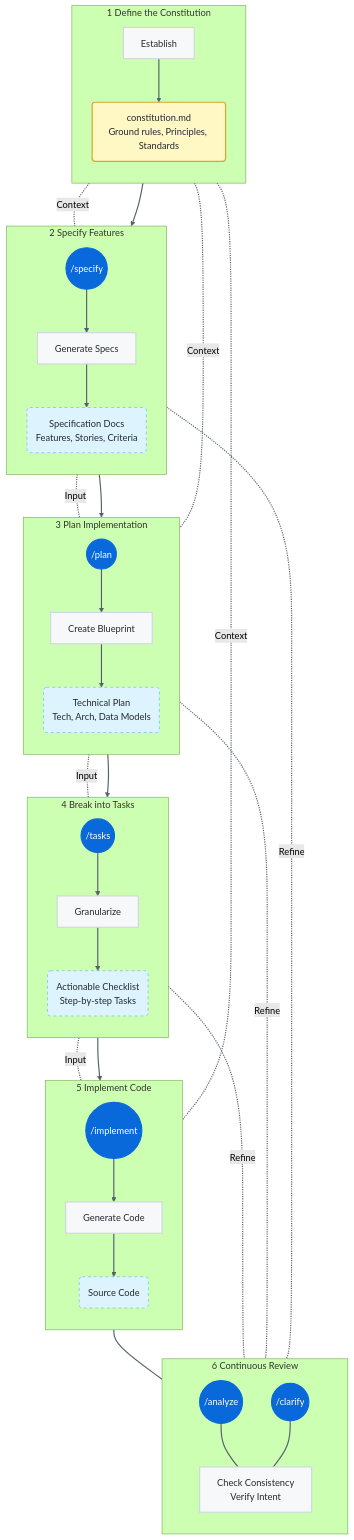
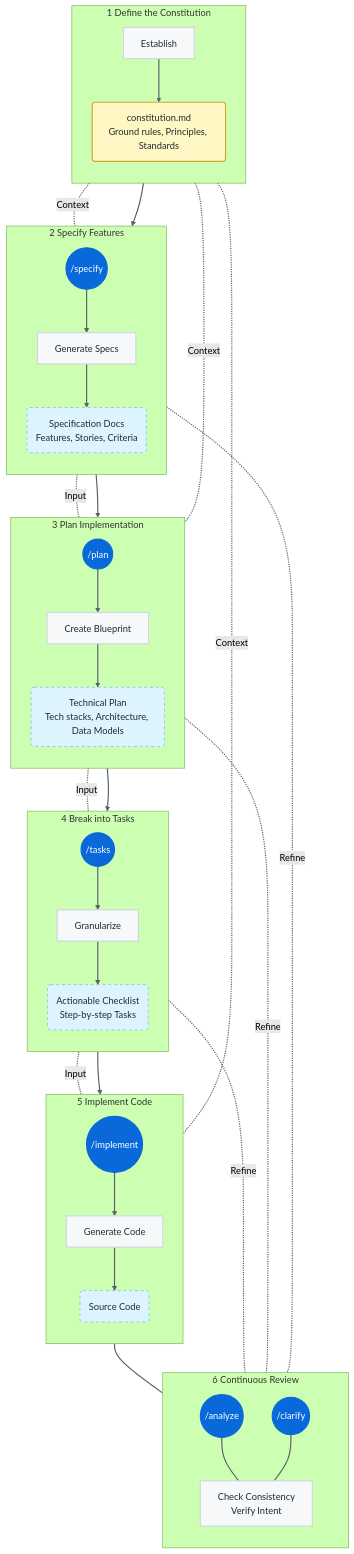
One commit to piky/blog changed the diagram in blog/2025/2025-12-25-spec-driven-development.md. Above: the diagram before and after it, drawn with Mermaid (forest theme). The commit also changed other lines of this file, not shown here.

```diff
--- a/blog/2025/2025-12-25-spec-driven-development.md
+++ b/blog/2025/2025-12-25-spec-driven-development.md
@@ -40,7 +40,7 @@
         direction TB
         CmdPlan(("/plan")):::action
         PlanNode[Create Blueprint]:::phase
-        PlanArtifact(Technical Plan<br/>Tech, Arch, Data Models):::artifact
+        PlanArtifact(Technical Plan<br/>Tech stacks, Architecture, Data Models):::artifact
         
         CmdPlan --> PlanNode
         PlanNode --> PlanArtifact
```
